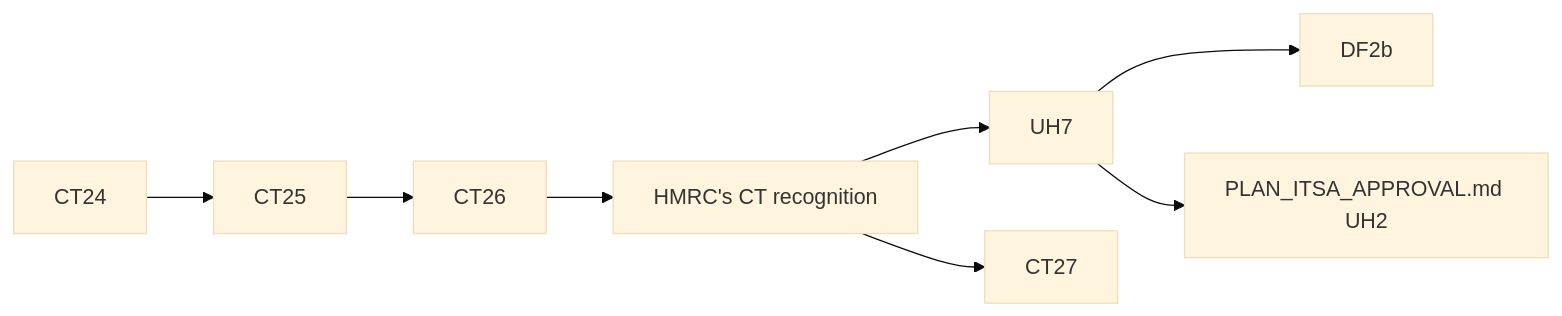
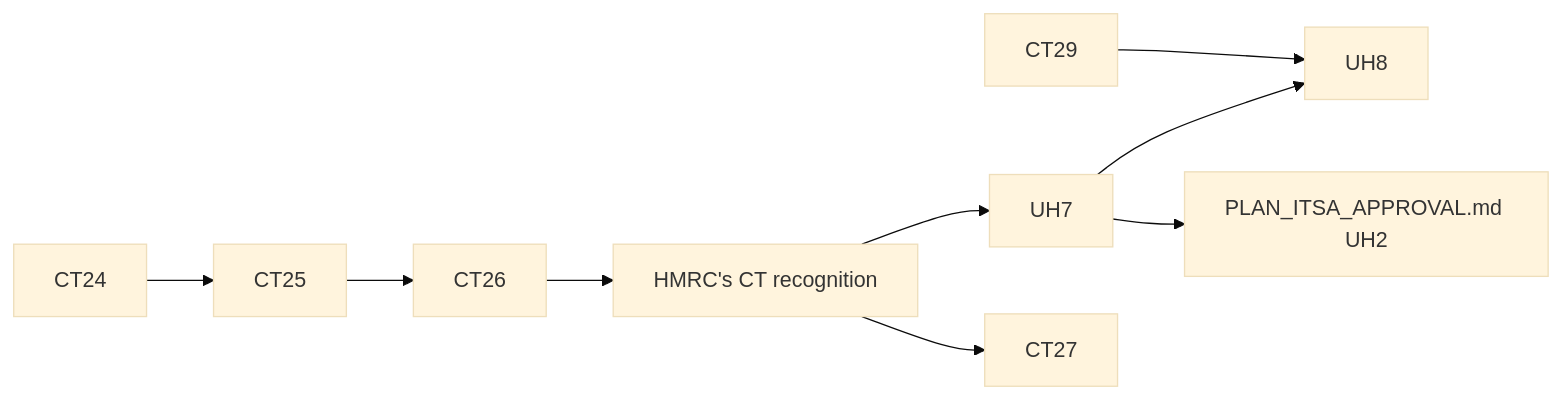
One commit to diy-accounting-uk/submit.diyaccounting.co.uk changed the diagram in PLAN_HMRC_CT_APPROVAL.md. Above: the diagram before and after it, drawn with Mermaid (base theme). The commit also changed other lines of this file and 1 other file, not shown here.

````diff
--- a/PLAN_HMRC_CT_APPROVAL.md
+++ b/PLAN_HMRC_CT_APPROVAL.md
@@ -67,10 +70,11 @@
 ```mermaid
 flowchart LR
     CT24 --> CT25
     CT25 --> CT26
     CT26 --> REC["HMRC's CT recognition"]
     REC --> UH7
-    UH7 --> DF2b
+    UH7 --> UH8
+    CT29 --> UH8
     REC --> CT27
     UH7 --> UH2["PLAN_ITSA_APPROVAL.md UH2"]
 ```
````
